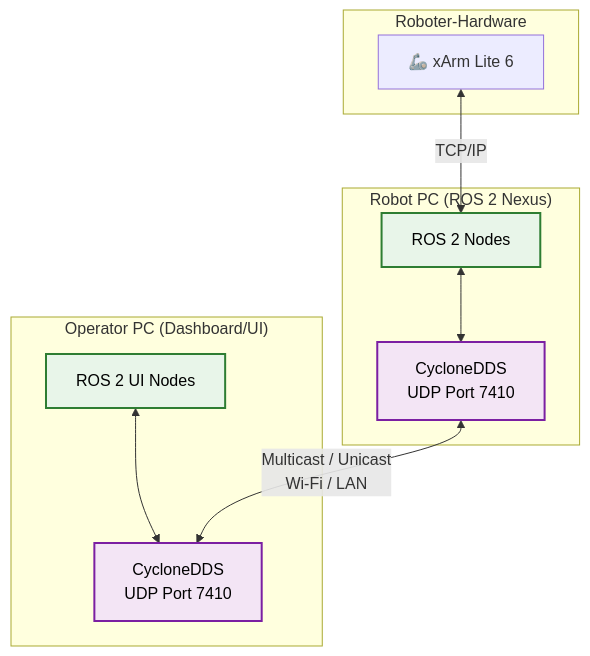
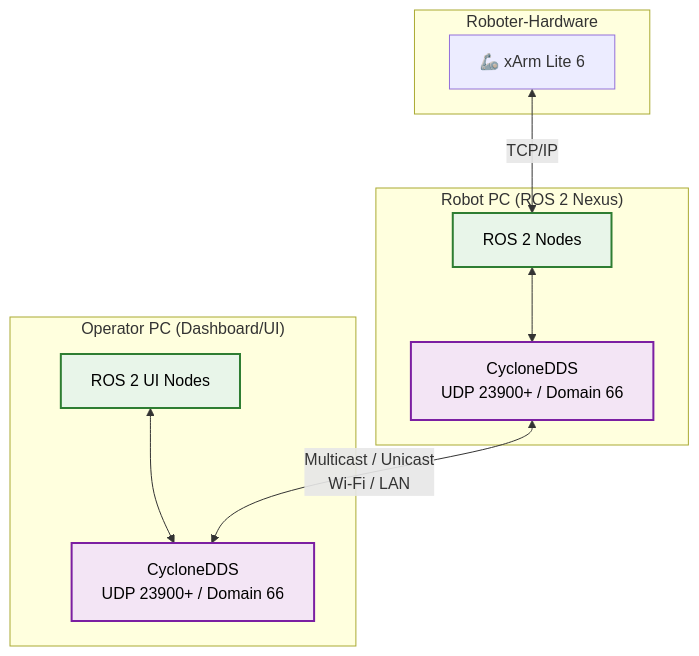
Before and after one commit to lu4k87/my_xarm_lite6-extended: the eighth of 9 diagrams in readme-de.md, drawn with Mermaid. The commit also changed other lines of this file and 1 other file, not shown here.

````diff
--- a/readme-de.md
+++ b/readme-de.md
@@ -2534,25 +2534,25 @@
 ```mermaid
 graph TD
     classDef pc fill:#e3f2fd,stroke:#1565c0,stroke-width:2px,color:#000
     classDef dds fill:#f3e5f5,stroke:#7b1fa2,stroke-width:2px,color:#000
     classDef ros fill:#e8f5e9,stroke:#2e7d32,stroke-width:2px,color:#000
 
     subgraph Roboter-Hardware
         L6[🦾 xArm Lite 6]
     end
 
     subgraph "Robot PC (ROS 2 Nexus)"
         N_ROS[ROS 2 Nodes]:::ros
-        N_DDS[CycloneDDS<br>UDP Port 7410]:::dds
+        N_DDS[CycloneDDS<br>UDP 23900+ / Domain 66]:::dds
         N_ROS <--> N_DDS
     end
 
     subgraph "Operator PC (Dashboard/UI)"
         O_ROS[ROS 2 UI Nodes]:::ros
-        O_DDS[CycloneDDS<br>UDP Port 7410]:::dds
+        O_DDS[CycloneDDS<br>UDP 23900+ / Domain 66]:::dds
         O_ROS <--> O_DDS
     end
 
     L6 <-->|TCP/IP| N_ROS
     N_DDS <-->|Multicast / Unicast<br>Wi-Fi / LAN| O_DDS
 ```
````
